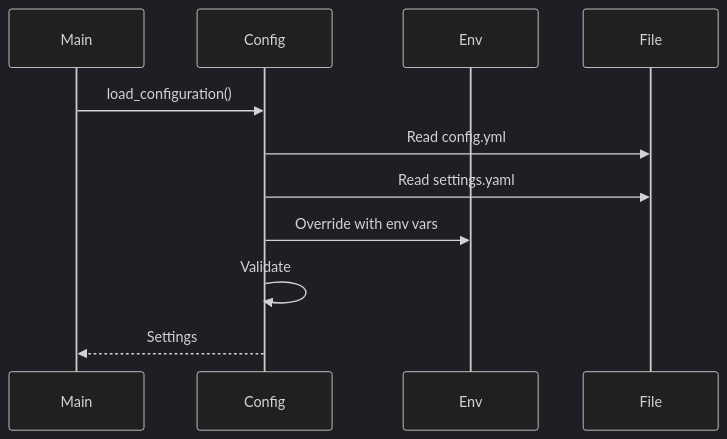
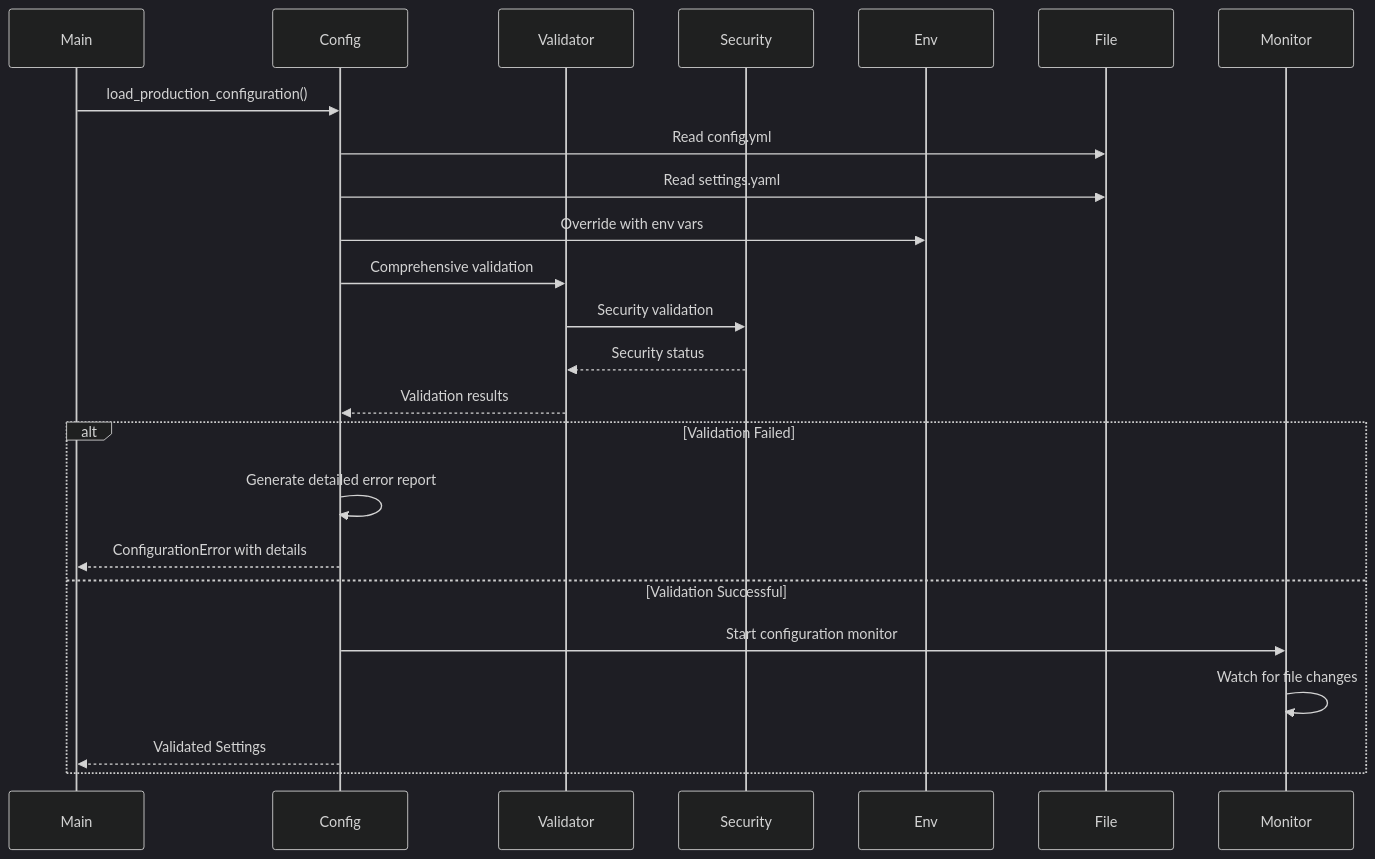
One commit to DreamLab-AI/VisionFlow changed the third of 3 diagrams in docs/configuration/index.md. Above: the diagram before and after it, drawn with Mermaid (dark theme). The commit also changed other lines of this file and 60 other files, not shown here.

````diff
--- a/docs/configuration/index.md
+++ b/docs/configuration/index.md
@@ -395,14 +408,28 @@
 ```mermaid
 sequenceDiagram
     participant Main
     participant Config
+    participant Validator
+    participant Security
     participant Env
     participant File
+    participant Monitor
 
-    Main->>Config: load_configuration()
+    Main->>Config: load_production_configuration()
     Config->>File: Read config.yml
     Config->>File: Read settings.yaml
     Config->>Env: Override with env vars
-    Config->>Config: Validate
-    Config-->>Main: Settings
+    Config->>Validator: Comprehensive validation
+    Validator->>Security: Security validation
+    Security-->>Validator: Security status
+    Validator-->>Config: Validation results
+    
+    alt Validation Failed
+        Config->>Config: Generate detailed error report
+        Config-->>Main: ConfigurationError with details
+    else Validation Successful
+        Config->>Monitor: Start configuration monitor
+        Monitor->>Monitor: Watch for file changes
+        Config-->>Main: Validated Settings
+    end
 ```
````
